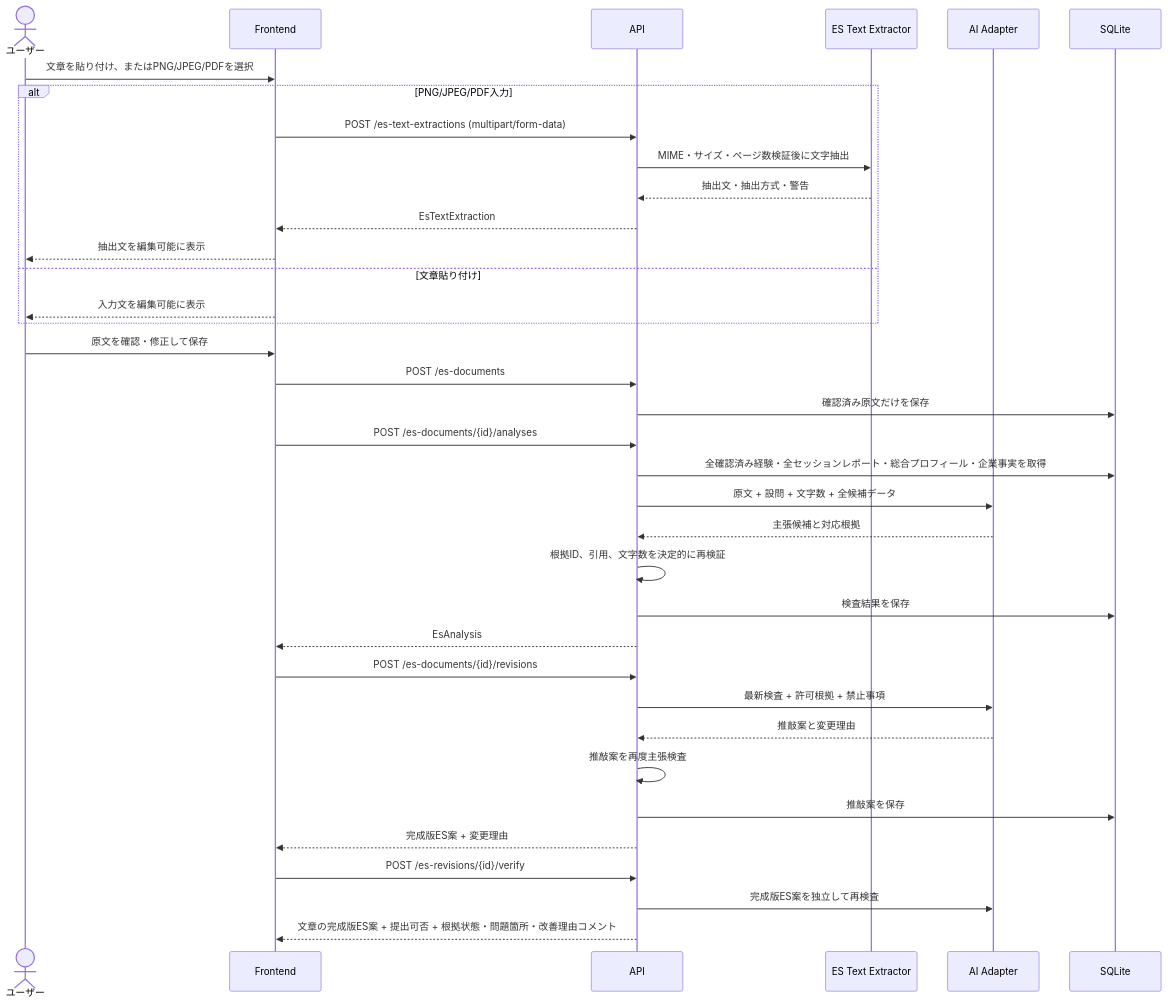
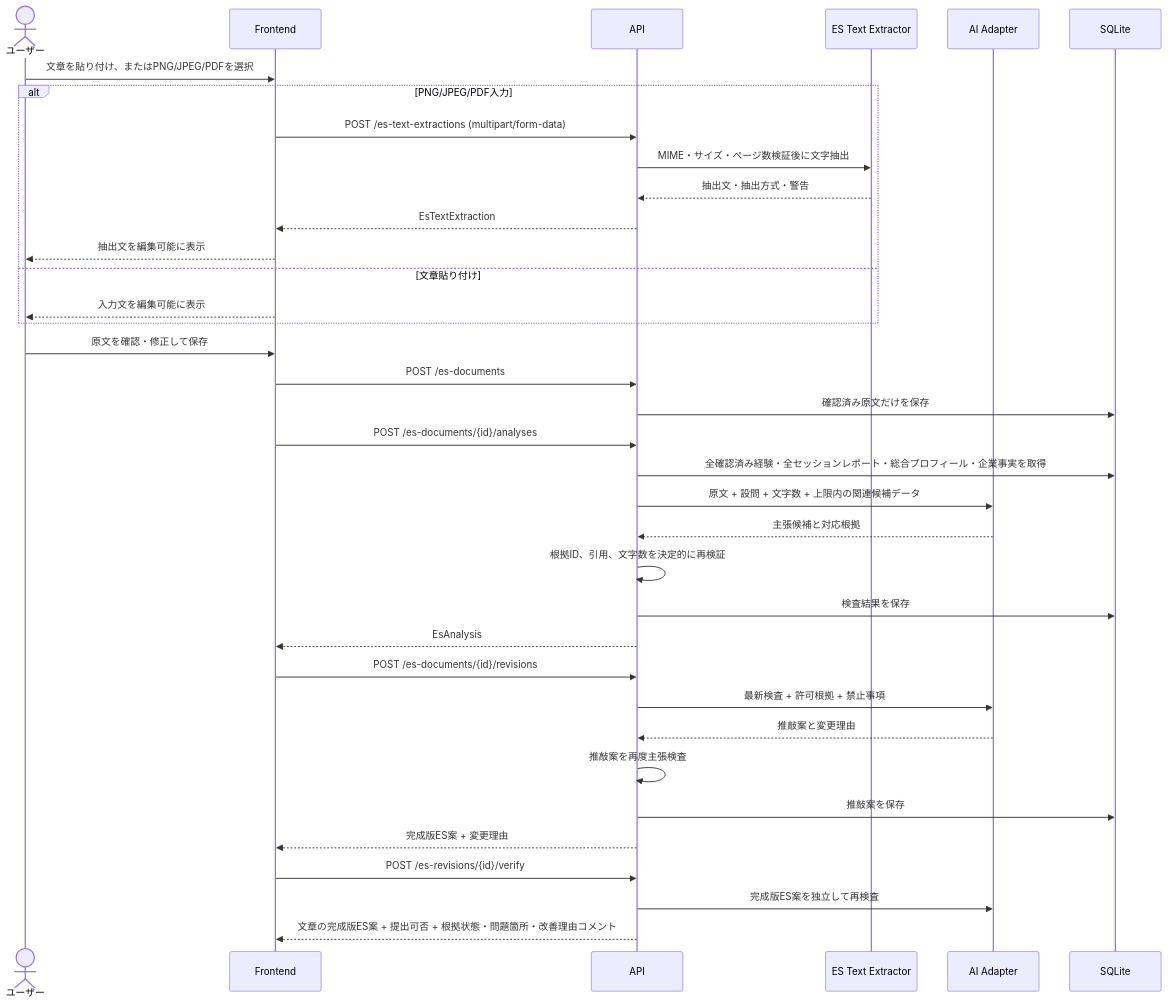
Before and after one commit to HACK-STAGE-STAGE2-teamG-YOZORA/Polaris: the fourth of 5 diagrams in docs/architecture.md, drawn with Mermaid. The commit also changed other lines of this file and 13 other files, not shown here.

````diff
--- a/docs/architecture.md
+++ b/docs/architecture.md
@@ -187,39 +187,39 @@
 ```mermaid
 sequenceDiagram
     actor User as ユーザー
     participant UI as Frontend
     participant API as API
     participant Extractor as ES Text Extractor
     participant AI as AI Adapter
     participant DB as SQLite
 
     User->>UI: 文章を貼り付け、またはPNG/JPEG/PDFを選択
     alt PNG/JPEG/PDF入力
         UI->>API: POST /es-text-extractions (multipart/form-data)
         API->>Extractor: MIME・サイズ・ページ数検証後に文字抽出
         Extractor-->>API: 抽出文・抽出方式・警告
         API-->>UI: EsTextExtraction
         UI-->>User: 抽出文を編集可能に表示
     else 文章貼り付け
         UI-->>User: 入力文を編集可能に表示
     end
     User->>UI: 原文を確認・修正して保存
     UI->>API: POST /es-documents
     API->>DB: 確認済み原文だけを保存
     UI->>API: POST /es-documents/{id}/analyses
     API->>DB: 全確認済み経験・全セッションレポート・総合プロフィール・企業事実を取得
-    API->>AI: 原文 + 設問 + 文字数 + 全候補データ
+    API->>AI: 原文 + 設問 + 文字数 + 上限内の関連候補データ
     AI-->>API: 主張候補と対応根拠
     API->>API: 根拠ID、引用、文字数を決定的に再検証
     API->>DB: 検査結果を保存
     API-->>UI: EsAnalysis
     UI->>API: POST /es-documents/{id}/revisions
     API->>AI: 最新検査 + 許可根拠 + 禁止事項
     AI-->>API: 推敲案と変更理由
     API->>API: 推敲案を再度主張検査
     API->>DB: 推敲案を保存
     API-->>UI: 完成版ES案 + 変更理由
     UI->>API: POST /es-revisions/{id}/verify
     API->>AI: 完成版ES案を独立して再検査
     API-->>UI: 文章の完成版ES案 + 提出可否 + 根拠状態・問題箇所・改善理由コメント
 ```
````
